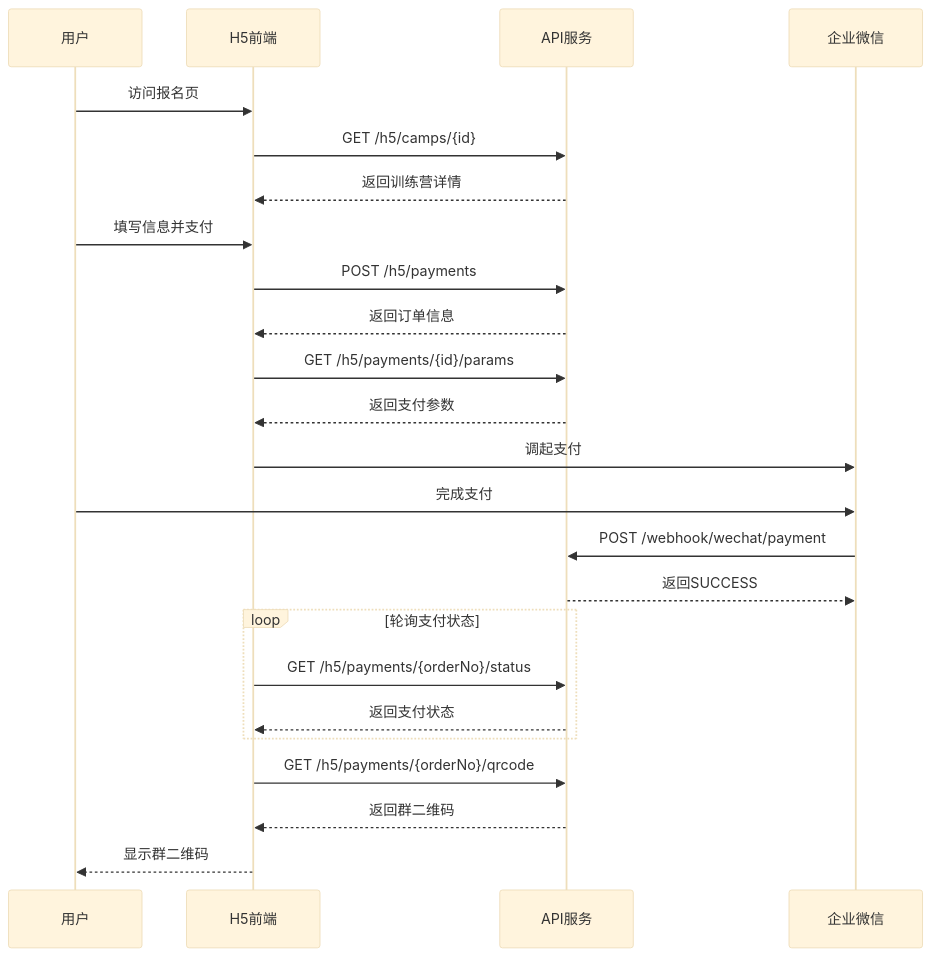
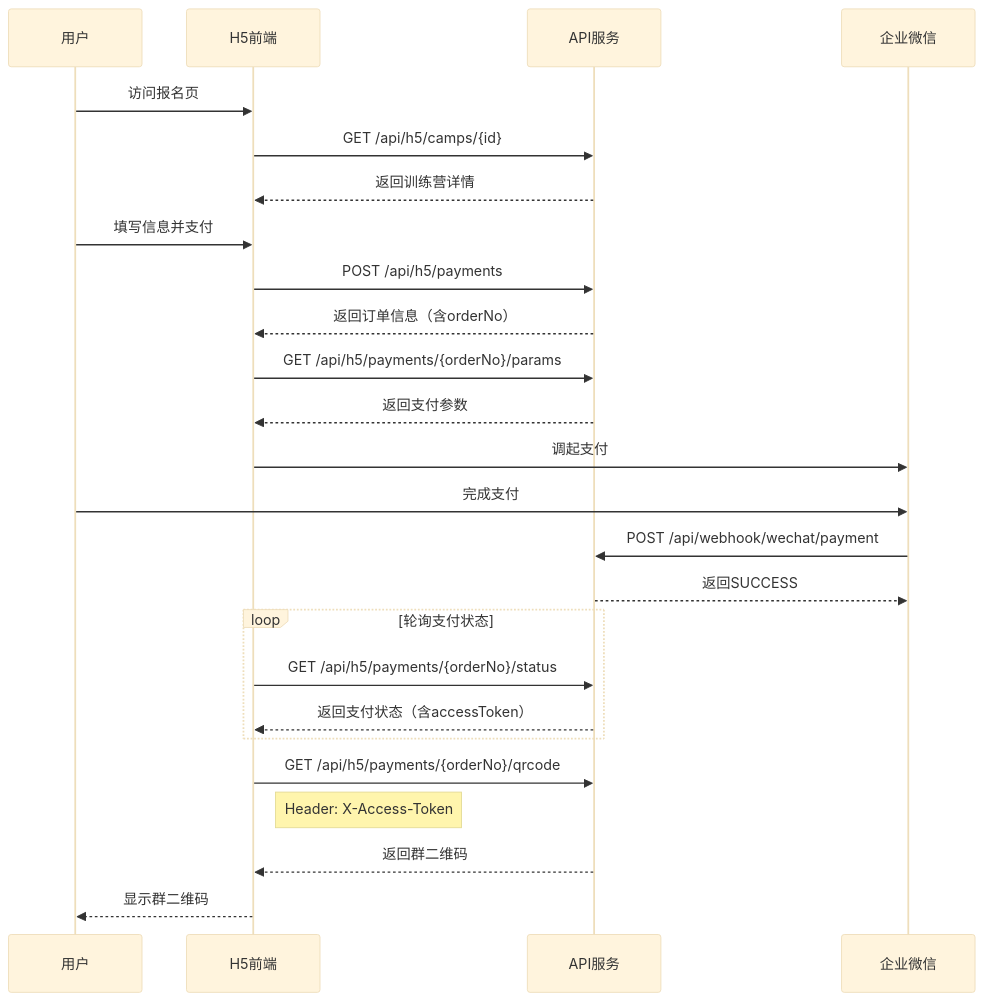
The first of 3 diagrams in docs/v1/接口文档.md (yiancode/AutoDepositRefundAgent), drawn with Mermaid (base theme) before and after one commit. The commit also changed other lines of this file and 1 other file, not shown here.

Commit message:
docs(v1): 修复文档一致性问题（第五批）
1. 修复技术方案 Service 方法签名
   - PaymentService.getPayParams(Long) 改为 getPayParams(String orderNo)
   - 与 API 使用 orderNo 作为标识符保持一致

2. 修复接口文档时序图路径
   - 所有 /h5/... 路径改为 /api/h5/...
   - /payments/{id}/params 改为 /payments/{orderNo}/params
   - 补充 accessToken 相关说明

3. 修复使用场景示例路径
   - 12.1 和 12.2 场景中的路径统一为 /api/h5/... 格式

🤖 Generated with [Claude Code](https://claude.com/claude-code)

````diff
--- a/docs/v1/接口文档.md
+++ b/docs/v1/接口文档.md
@@ -2385,32 +2385,33 @@
 ```mermaid
 sequenceDiagram
     participant U as 用户
     participant H5 as H5前端
     participant API as API服务
     participant WX as 企业微信
 
     U->>H5: 访问报名页
-    H5->>API: GET /h5/camps/{id}
+    H5->>API: GET /api/h5/camps/{id}
     API-->>H5: 返回训练营详情
 
     U->>H5: 填写信息并支付
-    H5->>API: POST /h5/payments
-    API-->>H5: 返回订单信息
+    H5->>API: POST /api/h5/payments
+    API-->>H5: 返回订单信息（含orderNo）
 
-    H5->>API: GET /h5/payments/{id}/params
+    H5->>API: GET /api/h5/payments/{orderNo}/params
     API-->>H5: 返回支付参数
 
     H5->>WX: 调起支付
     U->>WX: 完成支付
-    WX->>API: POST /webhook/wechat/payment
+    WX->>API: POST /api/webhook/wechat/payment
     API-->>WX: 返回SUCCESS
 
     loop 轮询支付状态
-        H5->>API: GET /h5/payments/{orderNo}/status
-        API-->>H5: 返回支付状态
+        H5->>API: GET /api/h5/payments/{orderNo}/status
+        API-->>H5: 返回支付状态（含accessToken）
     end
 
-    H5->>API: GET /h5/payments/{orderNo}/qrcode
+    H5->>API: GET /api/h5/payments/{orderNo}/qrcode
+    Note right of H5: Header: X-Access-Token
     API-->>H5: 返回群二维码
     H5-->>U: 显示群二维码
 ```
````
